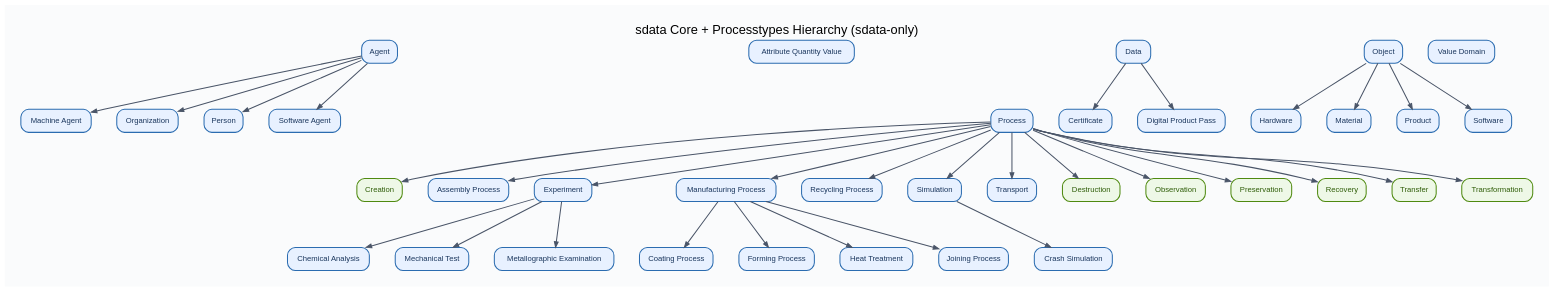
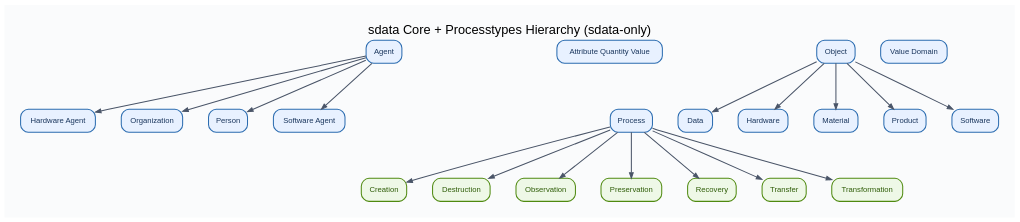
Before and after one commit to lepy/sdata-ontology: the diagram in docs/diagrams/sdata-core-processtypes-sdata-only.dot, drawn with Graphviz. The commit also changed 57 other files, not shown here.

Commit message:
feat: migrate ontology to sdata-core v0.9.1 and refresh plots/docs

```diff
--- a/docs/diagrams/sdata-core-processtypes-sdata-only.dot
+++ b/docs/diagrams/sdata-core-processtypes-sdata-only.dot
@@ -30,11 +30,11 @@
 		fillcolor="#E8F1FF",
 		fontcolor="#1A365D",
 		label=Agent];
-	"https://w3id.org/sdata/core/MachineAgent"	[color="#2B6CB0",
+	"https://w3id.org/sdata/core/HardwareAgent"	[color="#2B6CB0",
 		fillcolor="#E8F1FF",
 		fontcolor="#1A365D",
-		label="Machine Agent"];
-	"https://w3id.org/sdata/core/Agent" -> "https://w3id.org/sdata/core/MachineAgent";
+		label="Hardware Agent"];
+	"https://w3id.org/sdata/core/Agent" -> "https://w3id.org/sdata/core/HardwareAgent";
 	"https://w3id.org/sdata/core/Organization"	[color="#2B6CB0",
 		fillcolor="#E8F1FF",
 		fontcolor="#1A365D",
@@ -59,79 +59,18 @@
 		minlen=2,
 		style=invis,
 		weight=120];
-	"https://w3id.org/sdata/core/AssemblyProcess"	[color="#2B6CB0",
-		fillcolor="#E8F1FF",
-		fontcolor="#1A365D",
-		label="Assembly Process"];
 	"https://w3id.org/sdata/core/AttributeQuantityValue"	[color="#2B6CB0",
 		fillcolor="#E8F1FF",
 		fontcolor="#1A365D",
 		label="Attribute Quantity Value"];
-	"https://w3id.org/sdata/core/Certificate"	[color="#2B6CB0",
-		fillcolor="#E8F1FF",
-		fontcolor="#1A365D",
-		label=Certificate];
-	"https://w3id.org/sdata/core/ChemicalAnalysis"	[color="#2B6CB0",
-		fillcolor="#E8F1FF",
-		fontcolor="#1A365D",
-		label="Chemical Analysis"];
-	"https://w3id.org/sdata/core/CoatingProcess"	[color="#2B6CB0",
-		fillcolor="#E8F1FF",
-		fontcolor="#1A365D",
-		label="Coating Process"];
-	"https://w3id.org/sdata/core/CrashSimulation"	[color="#2B6CB0",
-		fillcolor="#E8F1FF",
-		fontcolor="#1A365D",
-		label="Crash Simulation"];
 	"https://w3id.org/sdata/core/Data"	[color="#2B6CB0",
 		fillcolor="#E8F1FF",
 		fontcolor="#1A365D",
 		label=Data];
-	"https://w3id.org/sdata/core/Data" -> "https://w3id.org/sdata/core/Certificate";
-	"https://w3id.org/sdata/core/DigitalProductPass"	[color="#2B6CB0",
-		fillcolor="#E8F1FF",
-		fontcolor="#1A365D",
-		label="Digital Product Pass"];
-	"https://w3id.org/sdata/core/Data" -> "https://w3id.org/sdata/core/DigitalProductPass";
-	"https://w3id.org/sdata/core/Experiment"	[color="#2B6CB0",
-		fillcolor="#E8F1FF",
-		fontcolor="#1A365D",
-		label=Experiment];
-	"https://w3id.org/sdata/core/Experiment" -> "https://w3id.org/sdata/core/ChemicalAnalysis";
-	"https://w3id.org/sdata/core/MechanicalTest"	[color="#2B6CB0",
-		fillcolor="#E8F1FF",
-		fontcolor="#1A365D",
-		label="Mechanical Test"];
-	"https://w3id.org/sdata/core/Experiment" -> "https://w3id.org/sdata/core/MechanicalTest";
-	"https://w3id.org/sdata/core/MetallographicExamination"	[color="#2B6CB0",
-		fillcolor="#E8F1FF",
-		fontcolor="#1A365D",
-		label="Metallographic Examination"];
-	"https://w3id.org/sdata/core/Experiment" -> "https://w3id.org/sdata/core/MetallographicExamination";
-	"https://w3id.org/sdata/core/FormingProcess"	[color="#2B6CB0",
-		fillcolor="#E8F1FF",
-		fontcolor="#1A365D",
-		label="Forming Process"];
 	"https://w3id.org/sdata/core/Hardware"	[color="#2B6CB0",
 		fillcolor="#E8F1FF",
 		fontcolor="#1A365D",
 		label=Hardware];
-	"https://w3id.org/sdata/core/HeatTreatment"	[color="#2B6CB0",
-		fillcolor="#E8F1FF",
-		fontcolor="#1A365D",
-		label="Heat Treatment"];
-	"https://w3id.org/sdata/core/JoiningProcess"	[color="#2B6CB0",
-		fillcolor="#E8F1FF",
-		fontcolor="#1A365D",
-		label="Joining Process"];
-	"https://w3id.org/sdata/core/ManufacturingProcess"	[color="#2B6CB0",
-		fillcolor="#E8F1FF",
-		fontcolor="#1A365D",
-		label="Manufacturing Process"];
-	"https://w3id.org/sdata/core/ManufacturingProcess" -> "https://w3id.org/sdata/core/CoatingProcess";
-	"https://w3id.org/sdata/core/ManufacturingProcess" -> "https://w3id.org/sdata/core/FormingProcess";
-	"https://w3id.org/sdata/core/ManufacturingProcess" -> "https://w3id.org/sdata/core/HeatTreatment";
-	"https://w3id.org/sdata/core/ManufacturingProcess" -> "https://w3id.org/sdata/core/JoiningProcess";
 	"https://w3id.org/sdata/core/Material"	[color="#2B6CB0",
 		fillcolor="#E8F1FF",
 		fontcolor="#1A365D",
@@ -140,6 +79,7 @@
 		fillcolor="#E8F1FF",
 		fontcolor="#1A365D",
 		label=Object];
+	"https://w3id.org/sdata/core/Object" -> "https://w3id.org/sdata/core/Data";
 	"https://w3id.org/sdata/core/Object" -> "https://w3id.org/sdata/core/Hardware";
 	"https://w3id.org/sdata/core/Object" -> "https://w3id.org/sdata/core/Material";
 	"https://w3id.org/sdata/core/Product"	[color="#2B6CB0",
@@ -156,24 +96,6 @@
 		fillcolor="#E8F1FF",
 		fontcolor="#1A365D",
 		label=Process];
-	"https://w3id.org/sdata/core/Process" -> "https://w3id.org/sdata/core/AssemblyProcess";
-	"https://w3id.org/sdata/core/Process" -> "https://w3id.org/sdata/core/Experiment";
-	"https://w3id.org/sdata/core/Process" -> "https://w3id.org/sdata/core/ManufacturingProcess";
-	"https://w3id.org/sdata/core/RecyclingProcess"	[color="#2B6CB0",
-		fillcolor="#E8F1FF",
-		fontcolor="#1A365D",
-		label="Recycling Process"];
-	"https://w3id.org/sdata/core/Process" -> "https://w3id.org/sdata/core/RecyclingProcess";
-	"https://w3id.org/sdata/core/Simulation"	[color="#2B6CB0",
-		fillcolor="#E8F1FF",
-		fontcolor="#1A365D",
-		label=Simulation];
-	"https://w3id.org/sdata/core/Process" -> "https://w3id.org/sdata/core/Simulation";
-	"https://w3id.org/sdata/core/Transport"	[color="#2B6CB0",
-		fillcolor="#E8F1FF",
-		fontcolor="#1A365D",
-		label=Transport];
-	"https://w3id.org/sdata/core/Process" -> "https://w3id.org/sdata/core/Transport";
 	"https://w3id.org/sdata/core/Process" -> "https://w3id.org/sdata/core/Creation";
 	"https://w3id.org/sdata/core/Destruction"	[color="#4F8A10",
 		fillcolor="#EEF8E7",
@@ -205,7 +127,6 @@
 		fontcolor="#2F5D08",
 		label=Transformation];
 	"https://w3id.org/sdata/core/Process" -> "https://w3id.org/sdata/core/Transformation";
-	"https://w3id.org/sdata/core/Simulation" -> "https://w3id.org/sdata/core/CrashSimulation";
 	"https://w3id.org/sdata/core/ValueDomain"	[color="#2B6CB0",
 		fillcolor="#E8F1FF",
 		fontcolor="#1A365D",
```
